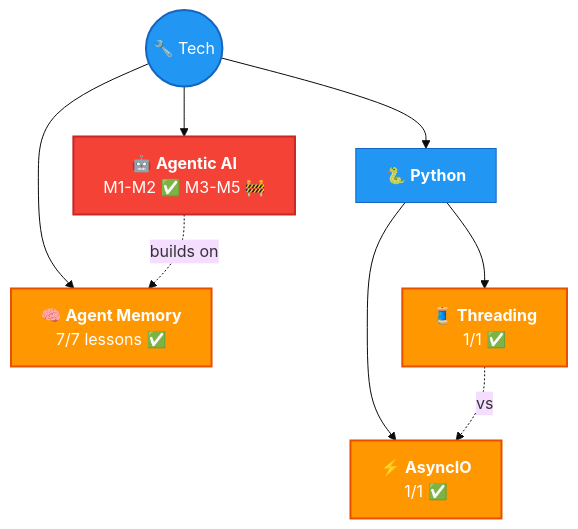
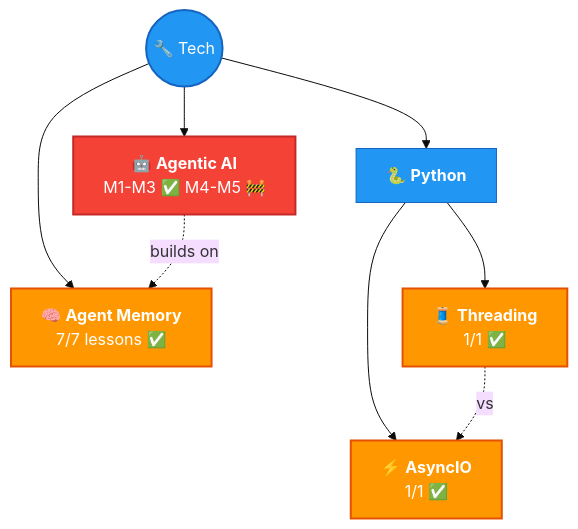
One commit to AyushSonuu/my-memory changed the diagram in tech/README.md. Above: the diagram before and after it, drawn with Mermaid (base theme). The commit also changed other lines of this file and 206 other files, not shown here.

````diff
--- a/tech/README.md
+++ b/tech/README.md
@@ -5,18 +5,18 @@
 ```mermaid
 graph TB
     T(("🔧 Tech"))
-    T --> AG["🤖 <b>Agentic AI</b><br/>M1-M2 ✅ M3-M5 🚧"]
+    T --> AG["🤖 <b>Agentic AI</b><br/>M1-M3 ✅ M4-M5 🚧"]
     T --> AM["🧠 <b>Agent Memory</b><br/>7/7 lessons ✅"]
     T --> PY["🐍 <b>Python</b>"]
     PY --> AIO["⚡ <b>AsyncIO</b><br/>1/1 ✅"]
     PY --> THR["🧵 <b>Threading</b><br/>1/1 ✅"]
     AG -.->|"builds on"| AM
     THR -.->|"vs"| AIO
 
     style T fill:#2196f3,color:#fff,stroke:#1565c0,stroke-width:2px
     style AG fill:#f44336,color:#fff,stroke:#c62828,stroke-width:2px
     style AM fill:#ff9800,color:#fff,stroke:#e65100,stroke-width:2px
     style PY fill:#2196f3,color:#fff,stroke:#1565c0
     style AIO fill:#ff9800,color:#fff,stroke:#e65100,stroke-width:2px
     style THR fill:#ff9800,color:#fff,stroke:#e65100,stroke-width:2px
 ```
````
